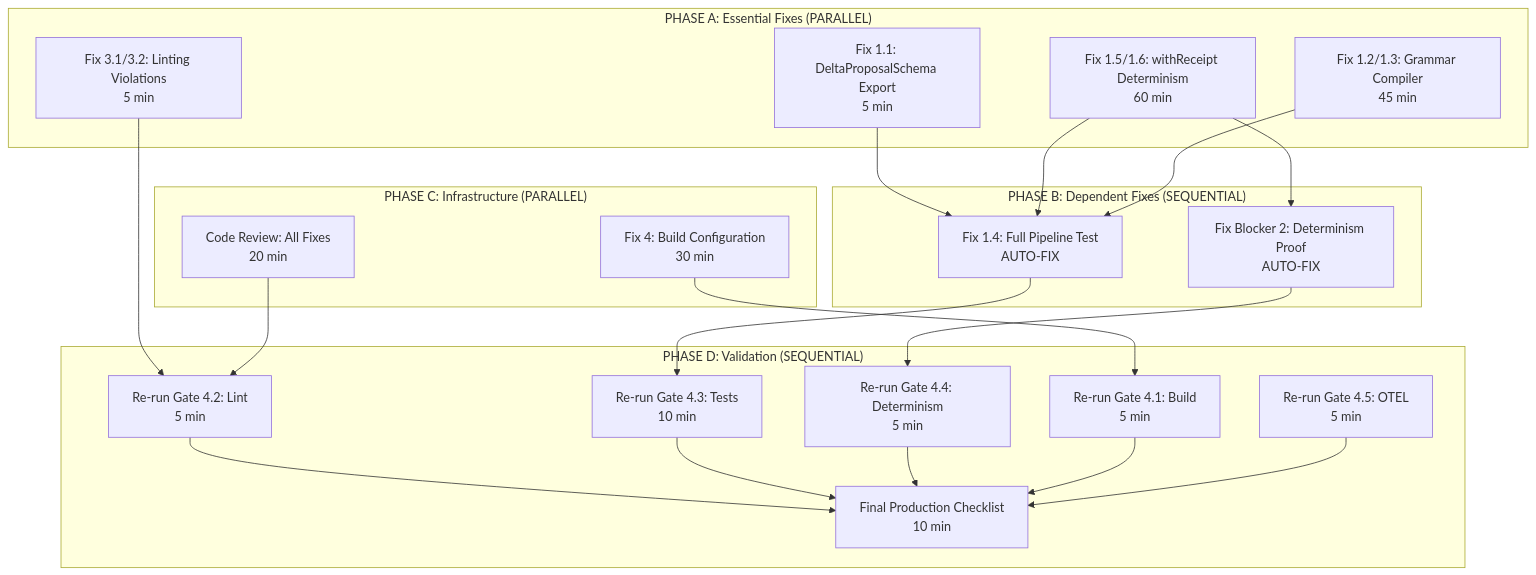
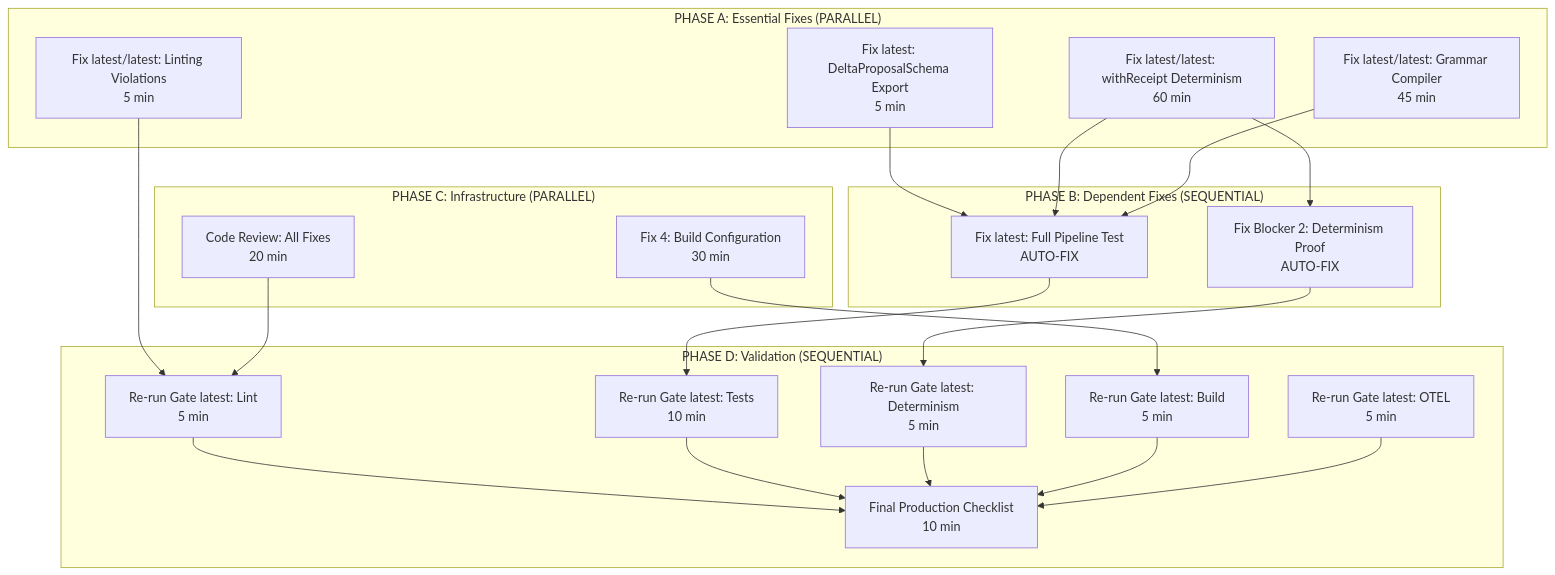
One commit to seanchatmangpt/unrdf changed the diagram in docs/archive/legacy-pre-2030/archive/2026-01-11/root-reports/BLOCKER-REMEDIATION-PLAN.md. Above: the diagram before and after it, drawn with Mermaid. The commit also changed other lines of this file and 3567 other files, not shown here.

````diff
--- a/docs/archive/legacy-pre-2030/archive/2026-01-11/root-reports/BLOCKER-REMEDIATION-PLAN.md
+++ b/docs/archive/legacy-pre-2030/archive/2026-01-11/root-reports/BLOCKER-REMEDIATION-PLAN.md
@@ -242,46 +242,46 @@
 ```mermaid
 graph TD
     subgraph "PHASE A: Essential Fixes (PARALLEL)"
-        A1[Fix 1.1: DeltaProposalSchema Export<br/>5 min]
-        A2[Fix 1.5/1.6: withReceipt Determinism<br/>60 min]
-        A3[Fix 1.2/1.3: Grammar Compiler<br/>45 min]
-        A4[Fix 3.1/3.2: Linting Violations<br/>5 min]
+        A1[Fix latest: DeltaProposalSchema Export<br/>5 min]
+        A2[Fix latest/latest: withReceipt Determinism<br/>60 min]
+        A3[Fix latest/latest: Grammar Compiler<br/>45 min]
+        A4[Fix latest/latest: Linting Violations<br/>5 min]
     end
 
     subgraph "PHASE B: Dependent Fixes (SEQUENTIAL)"
-        B1[Fix 1.4: Full Pipeline Test<br/>AUTO-FIX]
+        B1[Fix latest: Full Pipeline Test<br/>AUTO-FIX]
         B2[Fix Blocker 2: Determinism Proof<br/>AUTO-FIX]
     end
 
     subgraph "PHASE C: Infrastructure (PARALLEL)"
         C1[Fix 4: Build Configuration<br/>30 min]
         C2[Code Review: All Fixes<br/>20 min]
     end
 
     subgraph "PHASE D: Validation (SEQUENTIAL)"
-        D1[Re-run Gate 4.2: Lint<br/>5 min]
-        D2[Re-run Gate 4.3: Tests<br/>10 min]
-        D3[Re-run Gate 4.4: Determinism<br/>5 min]
-        D4[Re-run Gate 4.1: Build<br/>5 min]
-        D5[Re-run Gate 4.5: OTEL<br/>5 min]
+        D1[Re-run Gate latest: Lint<br/>5 min]
+        D2[Re-run Gate latest: Tests<br/>10 min]
+        D3[Re-run Gate latest: Determinism<br/>5 min]
+        D4[Re-run Gate latest: Build<br/>5 min]
+        D5[Re-run Gate latest: OTEL<br/>5 min]
         D6[Final Production Checklist<br/>10 min]
     end
 
     A1 --> B1
     A2 --> B1
     A3 --> B1
     A2 --> B2
 
     B1 --> D2
     B2 --> D3
     A4 --> D1
     C1 --> D4
 
     D1 --> D6
     D2 --> D6
     D3 --> D6
     D4 --> D6
     D5 --> D6
 
     C2 --> D1
 ```
````
